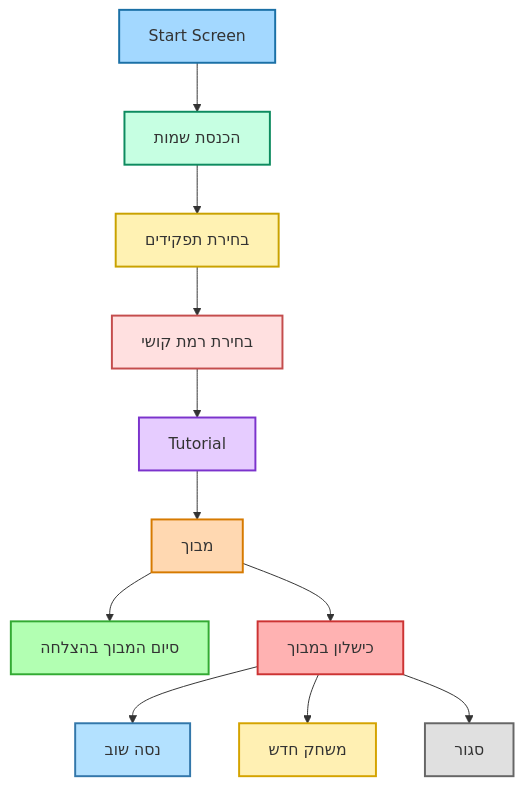
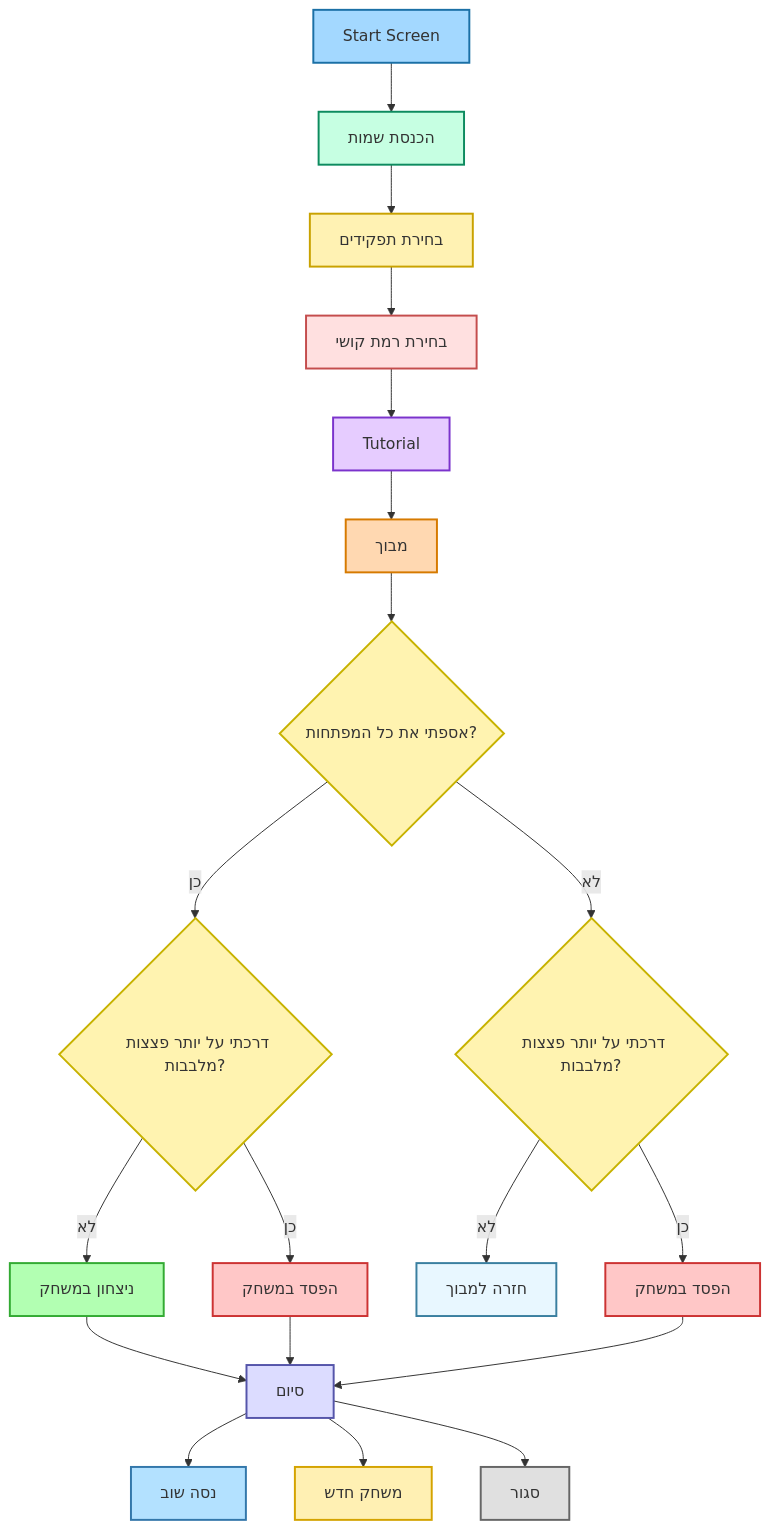
One commit to Games-Development-Course/RunTogether changed the diagram in Level_Design.md. Above: the diagram before and after it, drawn with Mermaid. The commit also changed other lines of this file, not shown here.

````diff
--- a/Level_Design.md
+++ b/Level_Design.md
@@ -157,38 +157,67 @@
 ```mermaid
 flowchart TD
 
+    %% --- MAIN FLOW ---
     A[Start Screen]
     B[הכנסת שמות]
     C[בחירת תפקידים]
     D[בחירת רמת קושי]
     E[Tutorial]
     F[מבוך]
 
-    G[סיום המבוך בהצלחה]
-    H[כישלון במבוך]
-    I[נסה שוב]
-    J[משחק חדש]
-    K[סגור]
+    %% --- FIRST QUESTION ---
+    F --> Q1{אספתי את כל המפתחות?}
 
+    %% --- Q1 = YES ---
+    Q1 -- כן --> Q2A{דרכתי על יותר פצצות מלבבות?}
+
+    Q2A -- לא --> WIN[ניצחון במשחק]
+    Q2A -- כן --> LOSE[הפסד במשחק]
+
+    %% --- Q1 = NO ---
+    Q1 -- לא --> Q2B{דרכתי על יותר פצצות מלבבות?}
+
+    Q2B -- לא --> R[חזרה למבוך]
+    Q2B -- כן --> LOSE2[הפסד במשחק]
+
+    %% --- MERGED END STATE ---
+    WIN --> END[סיום]
+    LOSE --> END
+    LOSE2 --> END
+
+    %% --- END OPTIONS ---
+    END --> TRY[נסה שוב]
+    END --> NEW[משחק חדש]
+    END --> CLOSE[סגור]
+
+    %% --- START PATH ---
     A --> B --> C --> D --> E --> F
-    F --> G
-    F --> H
-    H --> I
-    H --> J
-    H --> K
 
     %% --- COLORS ---
     style A fill:#a3d8ff,stroke:#1b70a6,stroke-width:2px
     style B fill:#c6ffe2,stroke:#0d8b5f,stroke-width:2px
     style C fill:#fff2b3,stroke:#c9a200,stroke-width:2px
     style D fill:#ffe0e0,stroke:#c44d4d,stroke-width:2px
     style E fill:#e6ccff,stroke:#7b33cc,stroke-width:2px
     style F fill:#ffd8b1,stroke:#d67a00,stroke-width:2px
 
-    style G fill:#b2ffb2,stroke:#33aa33,stroke-width:2px
-    style H fill:#ffb2b2,stroke:#cc3333,stroke-width:2px
+    style Q1 fill:#fff3b0,stroke:#c7b200,stroke-width:2px
+    style Q2A fill:#fff3b0,stroke:#c7b200,stroke-width:2px
+    style Q2B fill:#fff3b0,stroke:#c7b200,stroke-width:2px
 
-    style I fill:#b3e1ff,stroke:#3377aa,stroke-width:2px
-    style J fill:#fff0b3,stroke:#d4a300,stroke-width:2px
-    style K fill:#e0e0e0,stroke:#666,stroke-width:2px
+    style R fill:#e8f7ff,stroke:#3a7fa0,stroke-width:2px
+
+    style WIN fill:#b2ffb2,stroke:#33aa33,stroke-width:2px
+    style LOSE fill:#ffc7c7,stroke:#cc3333,stroke-width:2px
+    style LOSE2 fill:#ffc7c7,stroke:#cc3333,stroke-width:2px
+
+    style END fill:#dcdcff,stroke:#5555aa,stroke-width:2px
+
+    style TRY fill:#b3e1ff,stroke:#3377aa,stroke-width:2px
+    style NEW fill:#fff0b3,stroke:#d4a300,stroke-width:2px
+    style CLOSE fill:#e0e0e0,stroke:#666,stroke-width:2px
+
+
+
+
 ```
````
